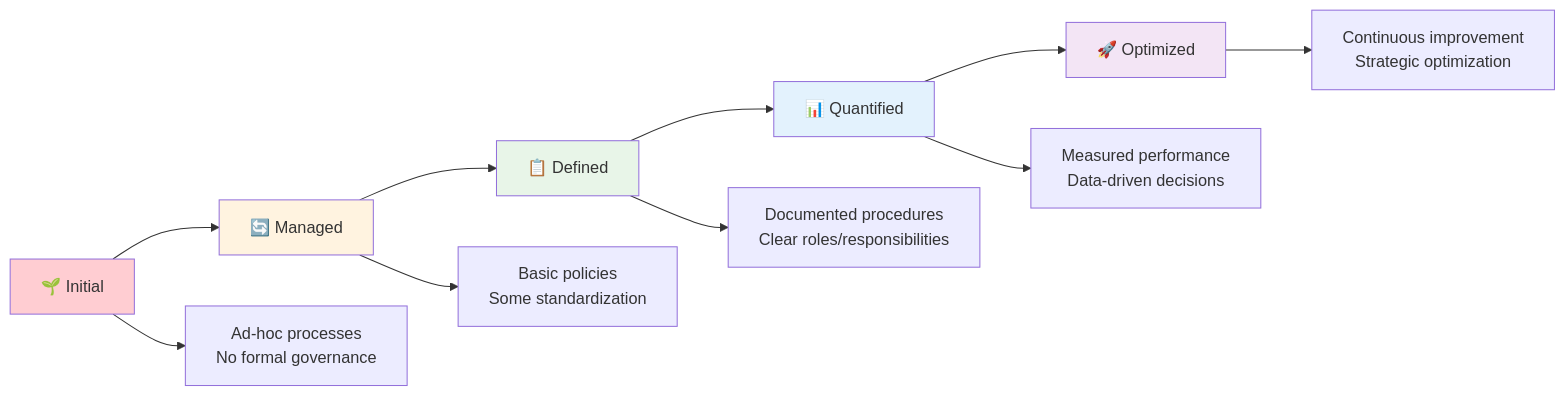
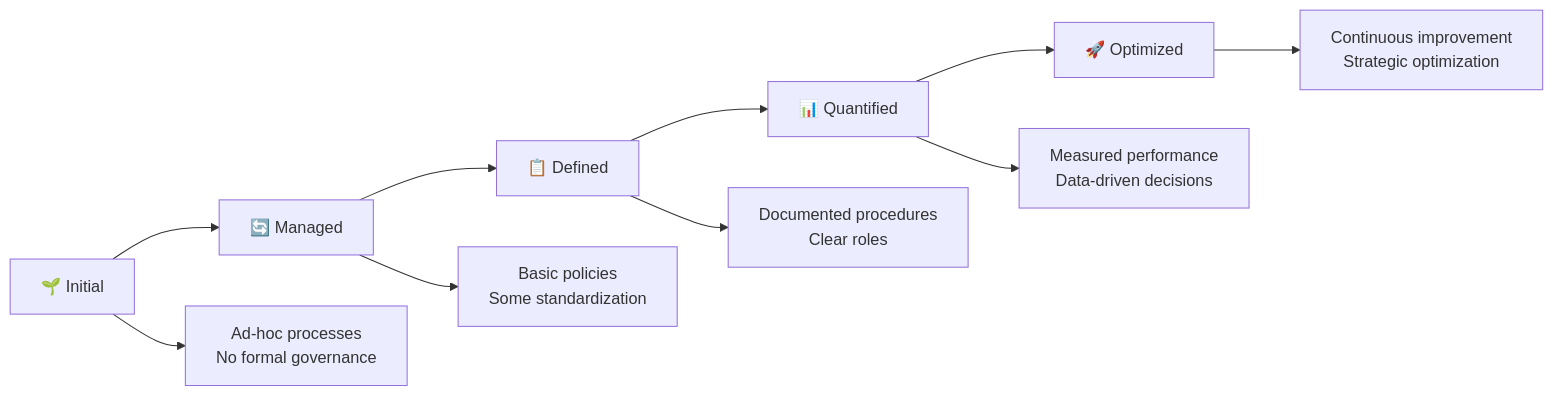
The third of 3 diagrams in README.md (JambaAcademy/Data_Governance), drawn with Mermaid before and after one commit. The commit also changed other lines of this file, not shown here.

````diff
--- a/README.md
+++ b/README.md
@@ -440,19 +487,13 @@
 ```mermaid
 graph LR
-    A[🌱 Initial] --> B[🔄 Managed] 
+    A[🌱 Initial] --> B[🔄 Managed]
     B --> C[📋 Defined]
     C --> D[📊 Quantified]
     D --> E[🚀 Optimized]
-    
+
     A --> A1[Ad-hoc processes<br/>No formal governance]
     B --> B1[Basic policies<br/>Some standardization]
-    C --> C1[Documented procedures<br/>Clear roles/responsibilities]
+    C --> C1[Documented procedures<br/>Clear roles]
     D --> D1[Measured performance<br/>Data-driven decisions]
     E --> E1[Continuous improvement<br/>Strategic optimization]
-    
-    style A fill:#ffcdd2
-    style B fill:#fff3e0
-    style C fill:#e8f5e8
-    style D fill:#e3f2fd
-    style E fill:#f3e5f5
 ```
````
